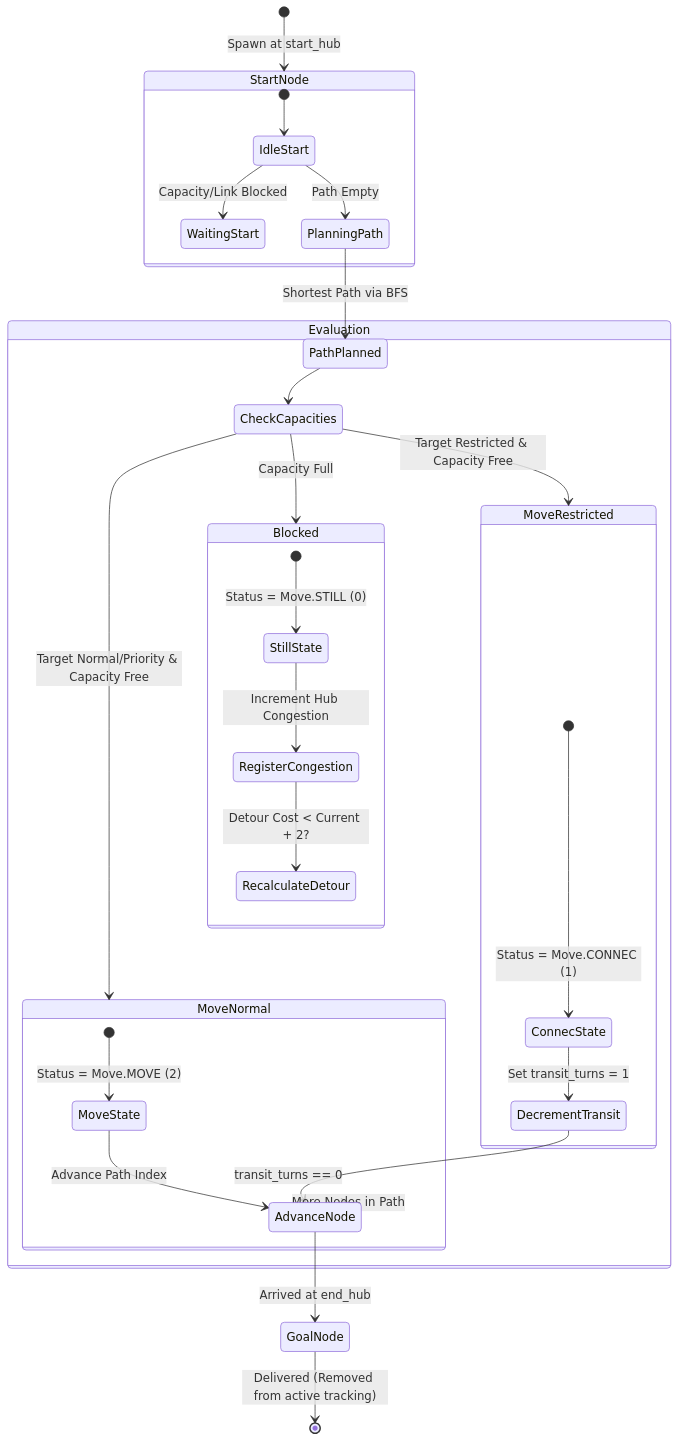
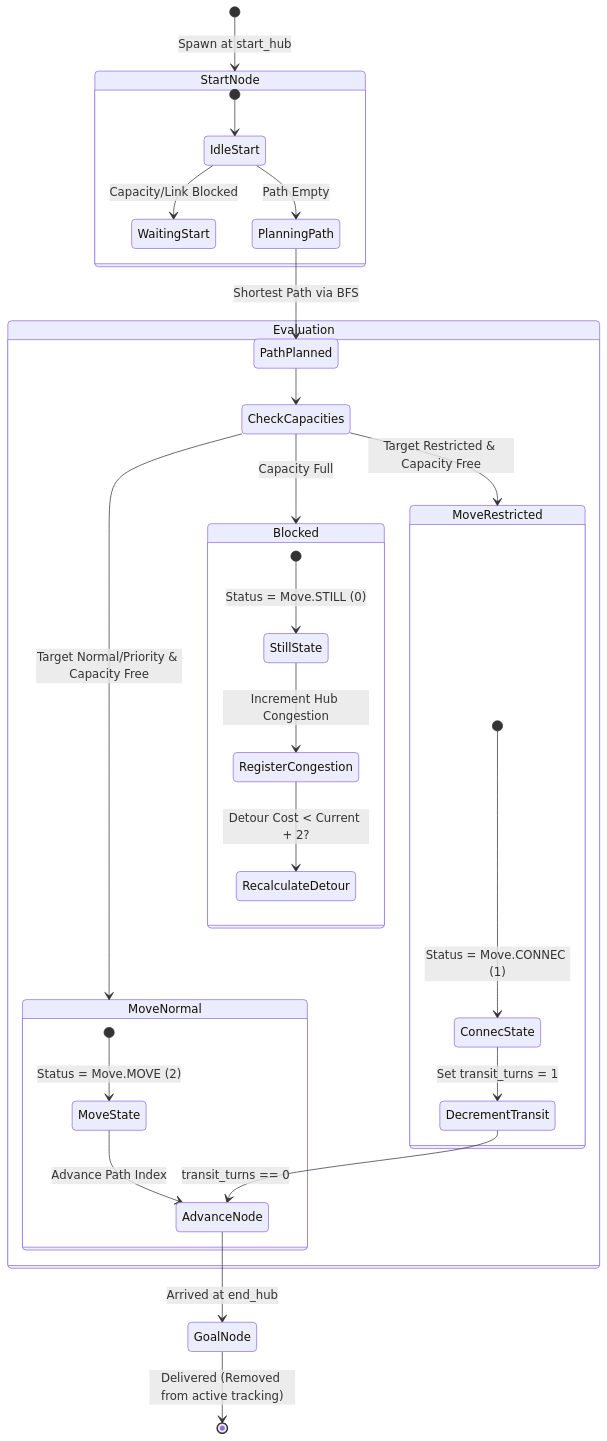
Before and after one commit to agalvan-dc/Fly-in: the second of 2 diagrams in README.md, drawn with Mermaid. The commit also changed other lines of this file and 3 other files, not shown here.

````diff
--- a/README.md
+++ b/README.md
@@ -180,42 +180,41 @@
 ```mermaid
 stateDiagram-v2
     [*] --> StartNode : Spawn at start_hub
 
     state StartNode {
         [*] --> IdleStart
         IdleStart --> WaitingStart : Capacity/Link Blocked
         IdleStart --> PlanningPath : Path Empty
     }
 
     PlanningPath --> PathPlanned : Shortest Path via BFS
 
     state Evaluation {
         PathPlanned --> CheckCapacities
         CheckCapacities --> MoveNormal : Target Normal/Priority & Capacity Free
         CheckCapacities --> MoveRestricted : Target Restricted & Capacity Free
         CheckCapacities --> Blocked : Capacity Full
     }
 
     state MoveNormal {
         [*] --> MoveState : Status = Move.MOVE (2)
         MoveState --> AdvanceNode : Advance Path Index
     }
 
     state MoveRestricted {
         [*] --> ConnecState : Status = Move.CONNEC (1)
         ConnecState --> DecrementTransit : Set transit_turns = 1
     }
 
     state Blocked {
         [*] --> StillState : Status = Move.STILL (0)
         StillState --> RegisterCongestion : Increment Hub Congestion
         RegisterCongestion --> RecalculateDetour : Detour Cost < Current + 2?
     }
 
     DecrementTransit --> AdvanceNode : transit_turns == 0
     AdvanceNode --> GoalNode : Arrived at end_hub
-    AdvanceNode --> Evaluation : More Nodes in Path
 
     GoalNode --> [*] : Delivered (Removed from active tracking)
 
 ```
````
